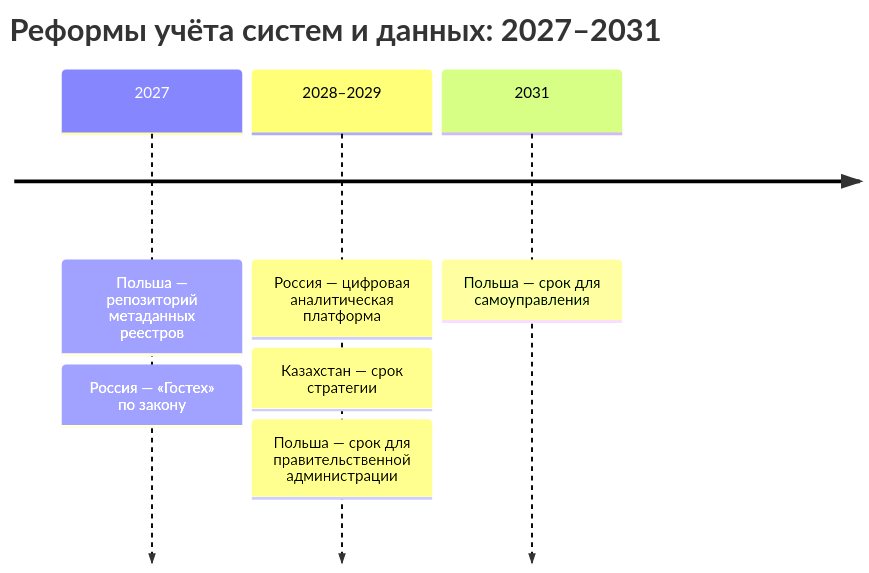
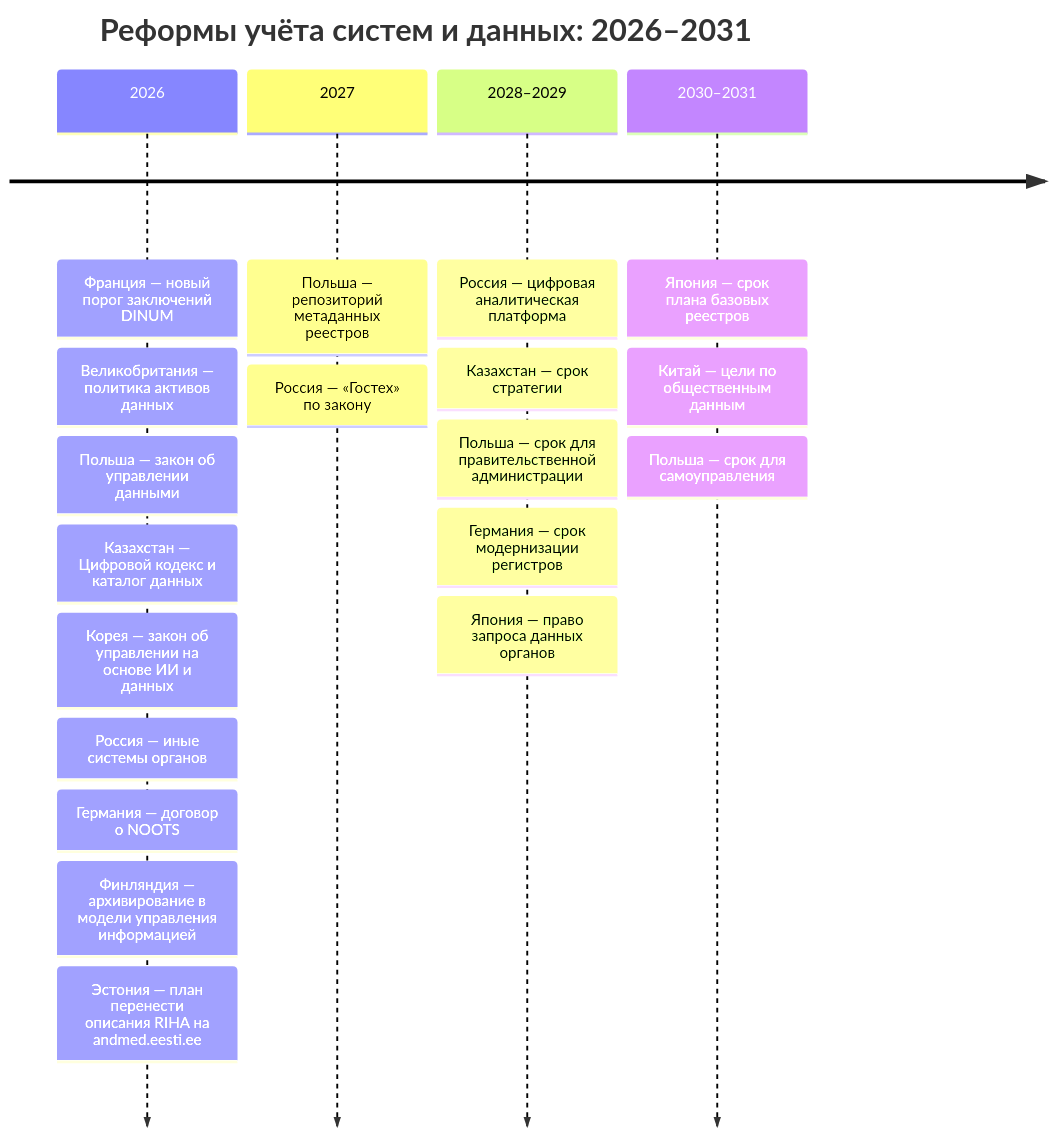
Before and after one commit to ivbeg/data-inventory: the second of 2 diagrams in docs/07-countries/00-overview.md, drawn with Mermaid. The commit also changed other lines of this file and 24 other files, not shown here.

````diff
--- a/docs/07-countries/00-overview.md
+++ b/docs/07-countries/00-overview.md
@@ -70,7 +89,8 @@
 ```mermaid
 timeline
-  title Реформы учёта систем и данных: 2027–2031
+  title Реформы учёта систем и данных: 2026–2031
+  2026 : Франция — новый порог заключений DINUM : Великобритания — политика активов данных : Польша — закон об управлении данными : Казахстан — Цифровой кодекс и каталог данных : Корея — закон об управлении на основе ИИ и данных : Россия — иные системы органов : Германия — договор о NOOTS : Финляндия — архивирование в модели управления информацией : Эстония — план перенести описания RIHA на andmed.eesti.ee
   2027 : Польша — репозиторий метаданных реестров : Россия — «Гостех» по закону
-  2028–2029 : Россия — цифровая аналитическая платформа : Казахстан — срок стратегии : Польша — срок для правительственной администрации
-  2031 : Польша — срок для самоуправления
+  2028–2029 : Россия — цифровая аналитическая платформа : Казахстан — срок стратегии : Польша — срок для правительственной администрации : Германия — срок модернизации регистров : Япония — право запроса данных органов
+  2030–2031 : Япония — срок плана базовых реестров : Китай — цели по общественным данным : Польша — срок для самоуправления
 ```
````
